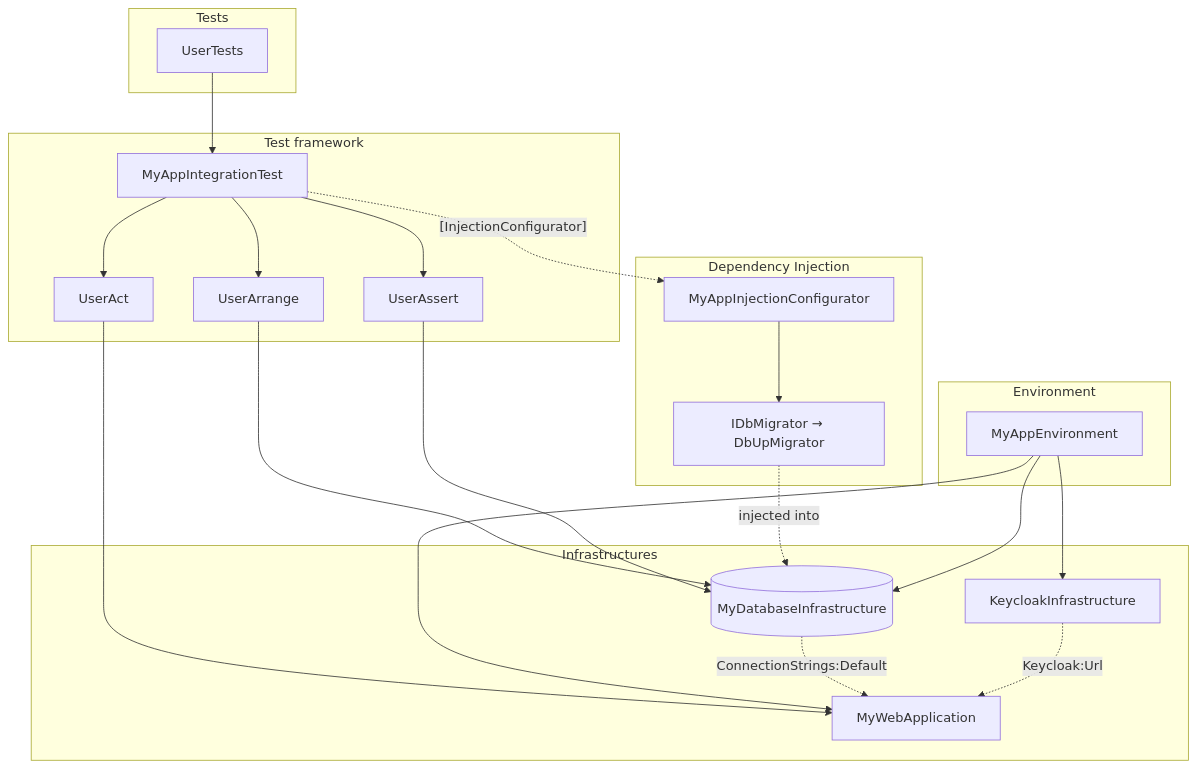
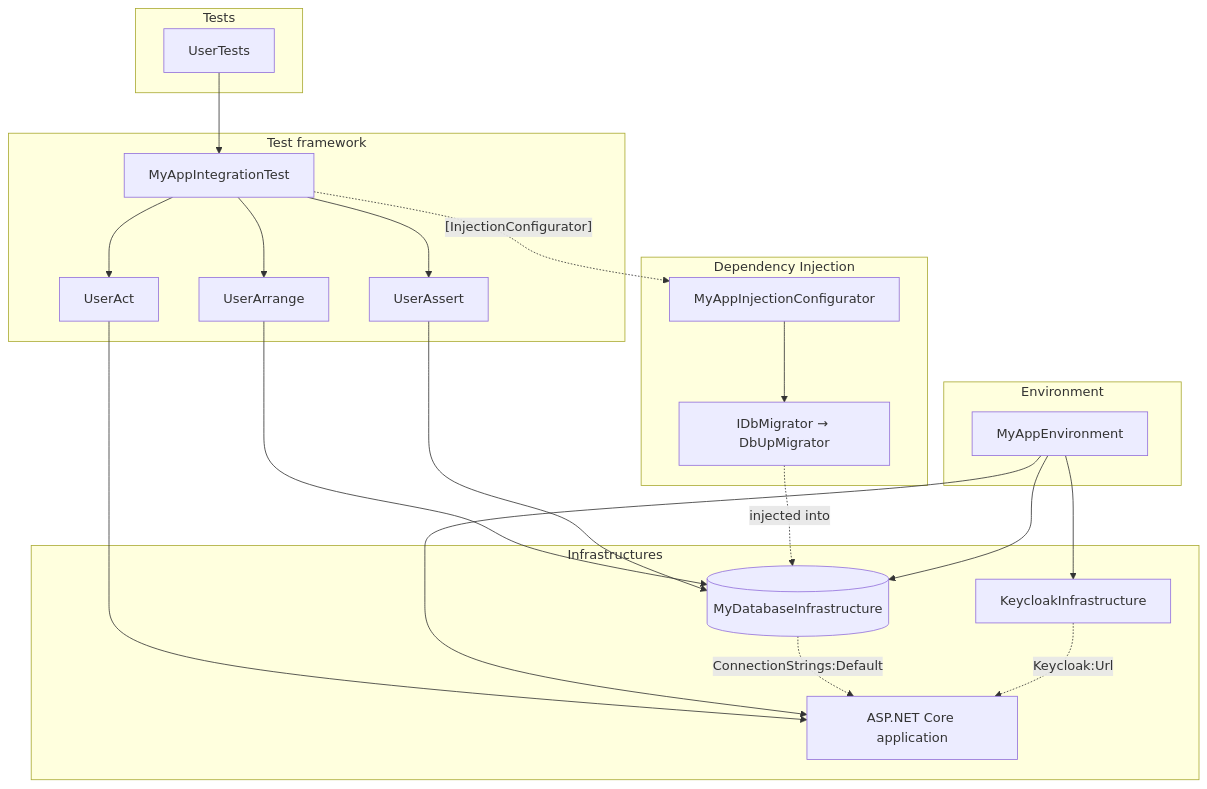
One commit to Notorious-Coding/Notorious-Test changed the diagram in Documentation/5-architecture.md. Above: the diagram before and after it, drawn with Mermaid. The commit also changed other lines of this file and 46 other files, not shown here.

````diff
--- a/Documentation/5-architecture.md
+++ b/Documentation/5-architecture.md
@@ -466,39 +465,39 @@
 ```mermaid
 flowchart TD
     subgraph Tests
         UT[UserTests]
     end
 
     subgraph Framework["Test framework"]
         BASE[MyAppIntegrationTest]
         AR[UserArrange]
         AC[UserAct]
         AS[UserAssert]
     end
 
     subgraph Env["Environment"]
         ENV[MyAppEnvironment]
     end
 
     subgraph Infra["Infrastructures"]
         DB[(MyDatabaseInfrastructure)]
         KC[KeycloakInfrastructure]
-        WEB[MyWebApplication]
+        WEB[ASP.NET Core application]
     end
 
     subgraph DI["Dependency Injection"]
         CONF[MyAppInjectionConfigurator]
         MIG[IDbMigrator → DbUpMigrator]
     end
 
     UT --> BASE
     BASE --> AR & AC & AS
     AR & AS --> DB
     AC --> WEB
     BASE -. "[InjectionConfigurator]" .-> CONF
     CONF --> MIG
     MIG -. injected into .-> DB
     ENV --> DB & KC & WEB
     DB -. "ConnectionStrings:Default" .-> WEB
     KC -. "Keycloak:Url" .-> WEB
 ```
````
